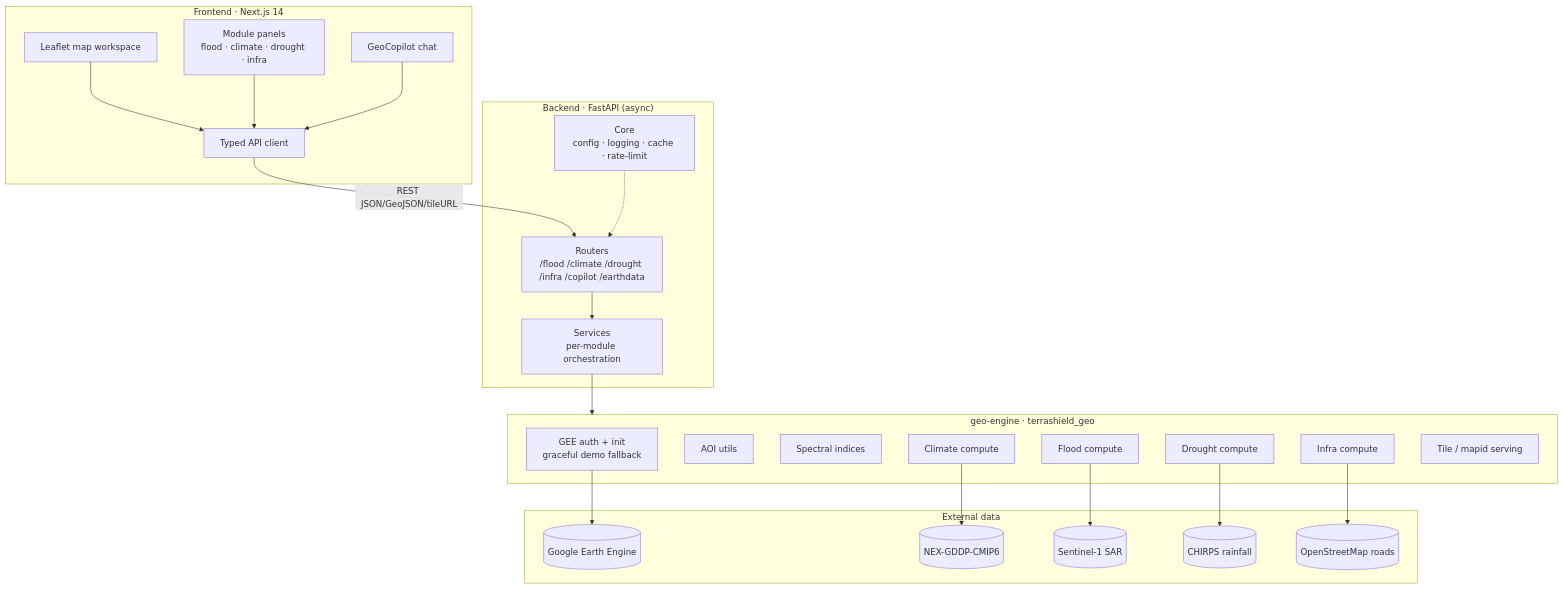
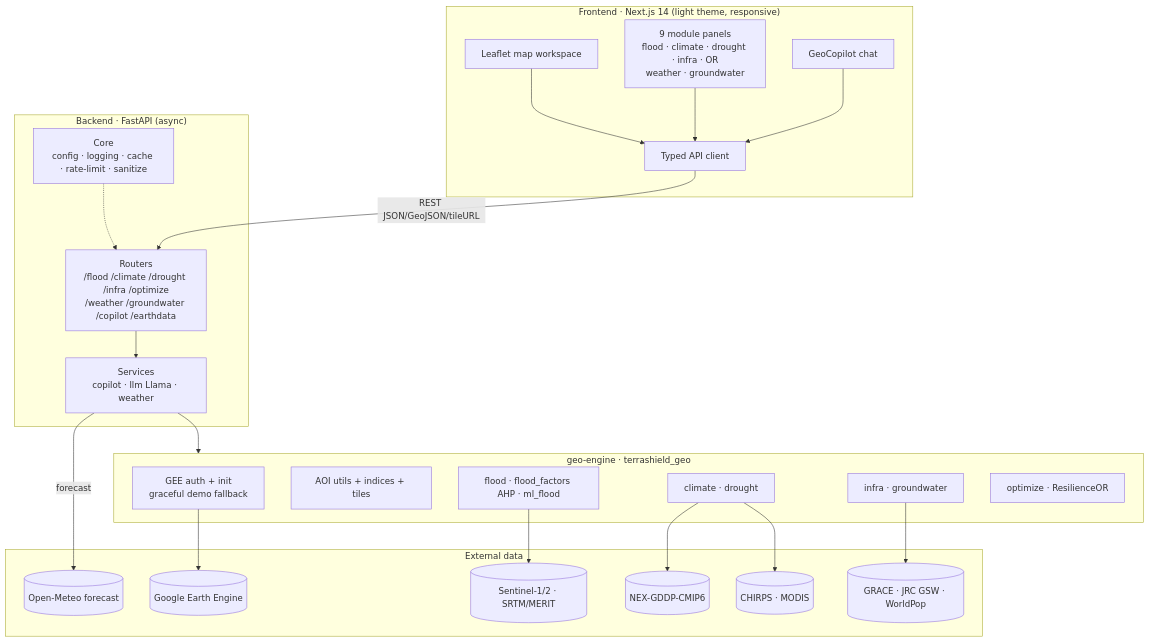
One commit to explolar/Terra-shield changed the first of 3 diagrams in docs/architecture.md. Above: the diagram before and after it, drawn with Mermaid.

Commit message:
docs(architecture): refresh layered diagram for 9 modules + new data sources
Frontend shows 9 module panels; backend routers list weather/groundwater/optimize
+ sanitize core + weather service; geo-engine groups flood/flood_factors/ml_flood,
climate/drought, infra/groundwater, optimize; external data adds GRACE, JRC GSW,
WorldPop, MODIS, Open-Meteo.

````diff
--- a/docs/architecture.md
+++ b/docs/architecture.md
@@ -10,46 +10,46 @@
 ```mermaid
 flowchart TB
-    subgraph FE["Frontend · Next.js 14"]
+    subgraph FE["Frontend · Next.js 14 (light theme, responsive)"]
         MAP[Leaflet map workspace]
-        PANELS[Module panels<br/>flood · climate · drought · infra]
+        PANELS[9 module panels<br/>flood · climate · drought · infra · OR<br/>weather · groundwater]
         COPILOT[GeoCopilot chat]
         CLIENT[Typed API client]
     end
 
     subgraph BE["Backend · FastAPI (async)"]
-        ROUTES[Routers<br/>/flood /climate /drought /infra /copilot /earthdata]
-        SVC[Services<br/>per-module orchestration]
-        CORE[Core<br/>config · logging · cache · rate-limit]
+        ROUTES[Routers<br/>/flood /climate /drought /infra /optimize<br/>/weather /groundwater /copilot /earthdata]
+        SVC[Services<br/>copilot · llm Llama · weather]
+        CORE[Core<br/>config · logging · cache · rate-limit · sanitize]
     end
 
     subgraph GE["geo-engine · terrashield_geo"]
         GEE[GEE auth + init<br/>graceful demo fallback]
-        AOI[AOI utils]
-        IDX[Spectral indices]
-        FLOOD[Flood compute]
-        CLIM[Climate compute]
-        DRY[Drought compute]
-        INFRA[Infra compute]
-        TILES[Tile / mapid serving]
+        AOI[AOI utils + indices + tiles]
+        FLOOD[flood · flood_factors AHP · ml_flood]
+        CLIM[climate · drought]
+        INFRA[infra · groundwater]
+        OPT[optimize · ResilienceOR]
     end
 
     subgraph EXT["External data"]
         EE[(Google Earth Engine)]
         CMIP[(NEX-GDDP-CMIP6)]
-        S1[(Sentinel-1 SAR)]
-        CHIRPS[(CHIRPS rainfall)]
-        OSM[(OpenStreetMap roads)]
+        S1[(Sentinel-1/2 · SRTM/MERIT)]
+        CHIRPS[(CHIRPS · MODIS)]
+        GRACE[(GRACE · JRC GSW · WorldPop)]
+        OM[(Open-Meteo forecast)]
     end
 
     CLIENT -->|REST JSON/GeoJSON/tileURL| ROUTES
     MAP --> CLIENT
     PANELS --> CLIENT
     COPILOT --> CLIENT
     ROUTES --> SVC --> GE
     CORE -.-> ROUTES
+    SVC -->|forecast| OM
     GEE --> EE
     CLIM --> CMIP
     FLOOD --> S1
-    DRY --> CHIRPS
-    INFRA --> OSM
+    CLIM --> CHIRPS
+    INFRA --> GRACE
 ```
````
